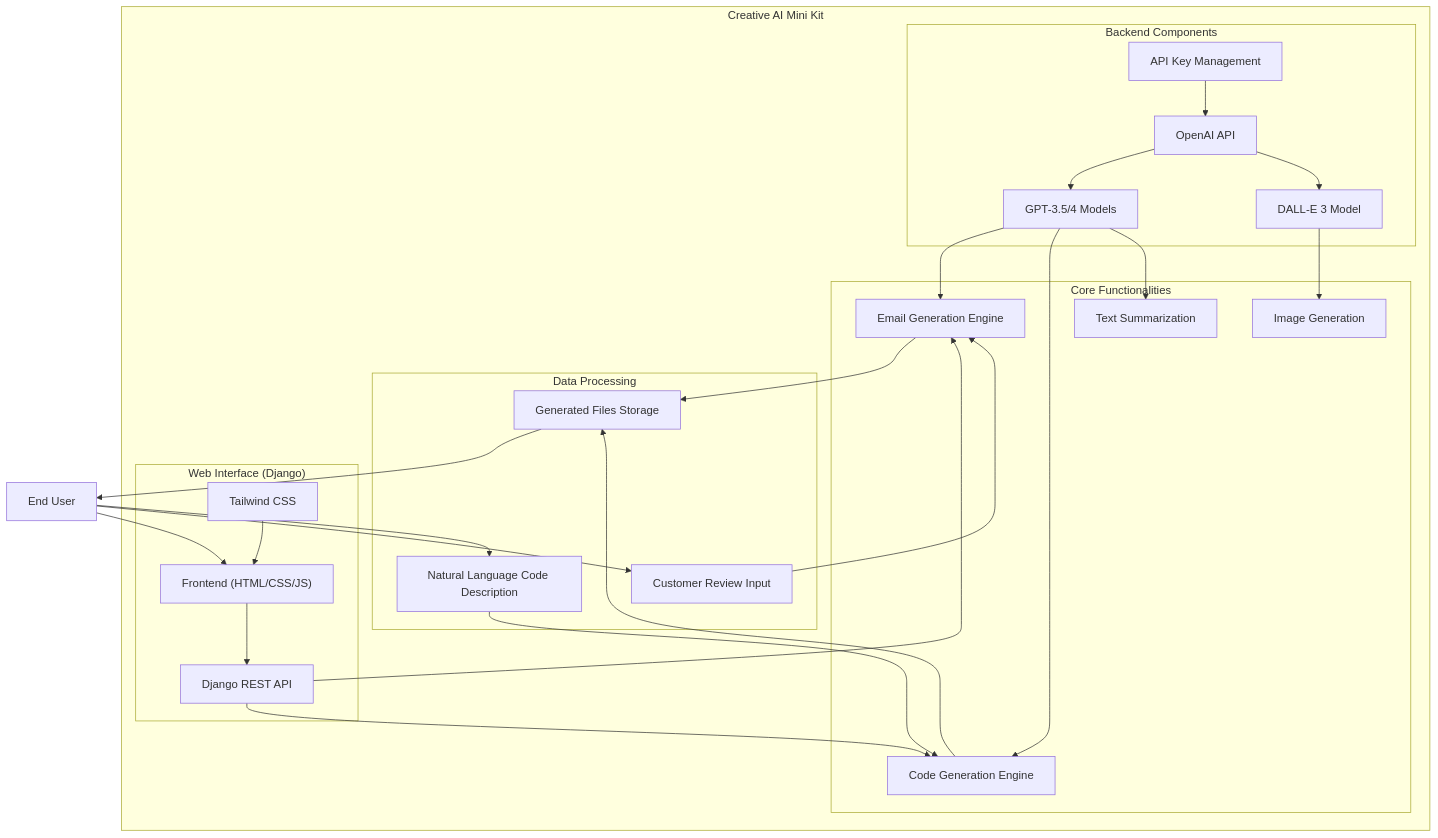
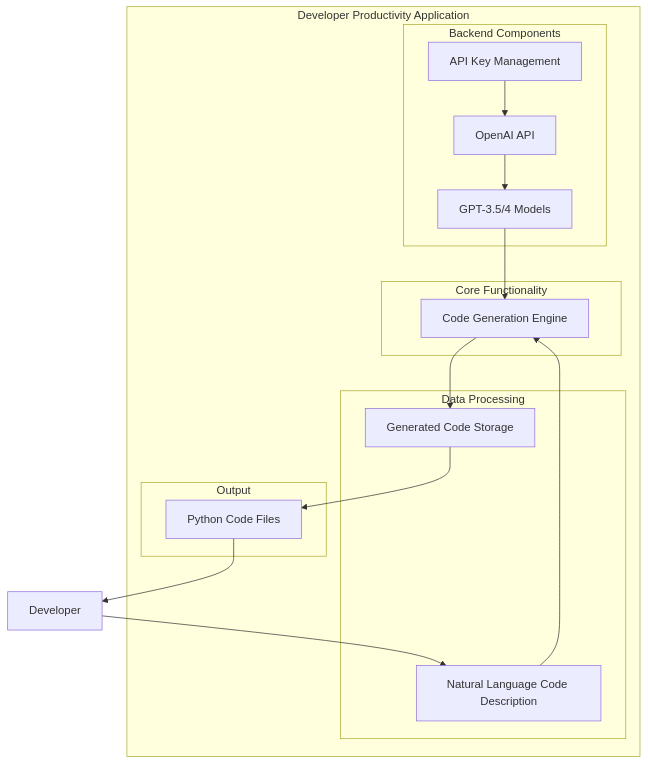
Before and after one commit to Swamy-s-Tech-Skills-Academy-AI-ML-Data/creative-ai-mini-kit: the second of 3 diagrams in docs/demo_script.md, drawn with Mermaid. The commit also changed other lines of this file and 2 other files, not shown here.

````diff
--- a/docs/demo_script.md
+++ b/docs/demo_script.md
@@ -34,55 +79,34 @@
 ```mermaid
 graph TD
-    subgraph "Creative AI Mini Kit"
+    subgraph "Developer Productivity Application"
         subgraph "Backend Components"
-            OpenAIAPI[OpenAI API]
-            GPT["GPT-3.5/4 Models"]
-            DALLE["DALL-E 3 Model"]
+            OpenAIAPI2[OpenAI API]
+            GPT2["GPT-3.5/4 Models"]
+            APIKey2["API Key Management"]
             
-            APIKey["API Key Management"]
-            
-            OpenAIAPI --> GPT
-            OpenAIAPI --> DALLE
-            APIKey --> OpenAIAPI
+            OpenAIAPI2 --> GPT2
+            APIKey2 --> OpenAIAPI2
         end
         
-        subgraph "Core Functionalities"
-            EmailGen["Email Generation Engine"]
+        subgraph "Core Functionality"
             CodeGen["Code Generation Engine"]
-            TextSum["Text Summarization"]
-            ImgGen["Image Generation"]
-            
-            GPT --> EmailGen
-            GPT --> CodeGen
-            GPT --> TextSum
-            DALLE --> ImgGen
+            GPT2 --> CodeGen
         end
         
         subgraph "Data Processing"
-            ReviewInput["Customer Review Input"]
             CodePrompt["Natural Language Code Description"]
-            FileStorage["Generated Files Storage"]
+            FileStorage2["Generated Code Storage"]
             
-            ReviewInput --> EmailGen
             CodePrompt --> CodeGen
-            EmailGen --> FileStorage
-            CodeGen --> FileStorage
+            CodeGen --> FileStorage2
         end
         
-        subgraph "Web Interface (Django)"
-            Frontend["Frontend (HTML/CSS/JS)"]
-            API["Django REST API"]
-            TailwindCSS["Tailwind CSS"]
-            
-            API --> EmailGen
-            API --> CodeGen
-            TailwindCSS --> Frontend
-            Frontend --> API
+        subgraph "Output"
+            CodeFolder["Python Code Files"]
+            FileStorage2 --> CodeFolder
         end
     end
     
-    User["End User"] --> Frontend
-    User --> ReviewInput
-    User --> CodePrompt
-    FileStorage --> User
+    User2["Developer"] --> CodePrompt
+    CodeFolder --> User2
 ```
````
